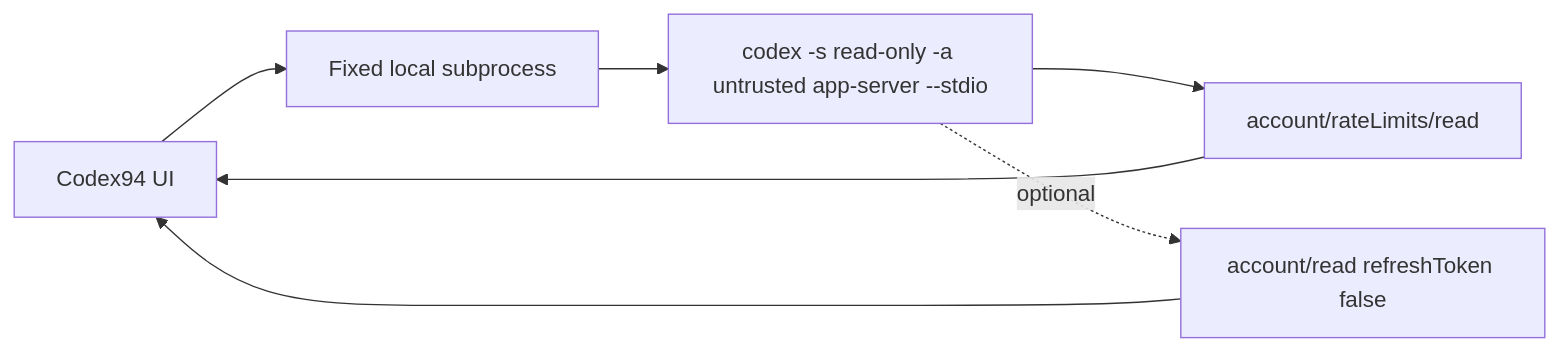
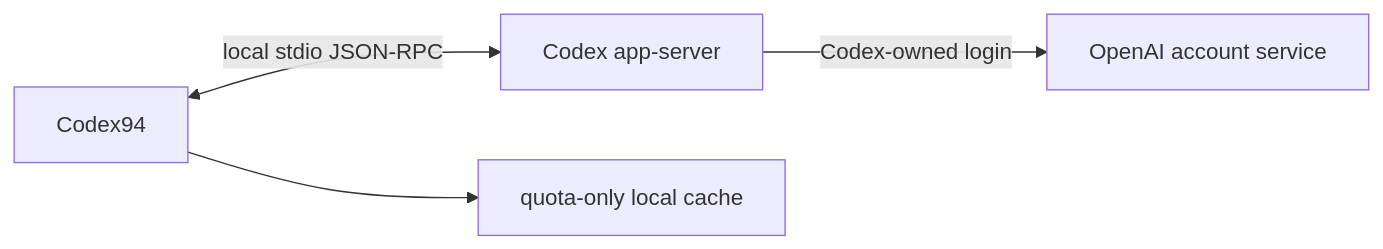
The diagram in README.md (DEFY-AN94/codex94), drawn with Mermaid before and after one commit. The commit also changed other lines of this file and 25 other files, not shown here.

````diff
--- a/README.md
+++ b/README.md
@@ -25,9 +32,6 @@
 ```mermaid
 flowchart LR
-    A["Codex94 UI"] --> B["Fixed local subprocess"]
-    B --> C["codex -s read-only -a untrusted app-server --stdio"]
-    C --> D["account/rateLimits/read"]
-    C -. "optional" .-> E["account/read refreshToken false"]
-    D --> A
-    E --> A
+    A["Codex94"] <-->|"local stdio JSON-RPC"| B["Codex app-server"]
+    B -->|"Codex-owned login"| C["OpenAI account service"]
+    A --> D["quota-only local cache"]
 ```
````
